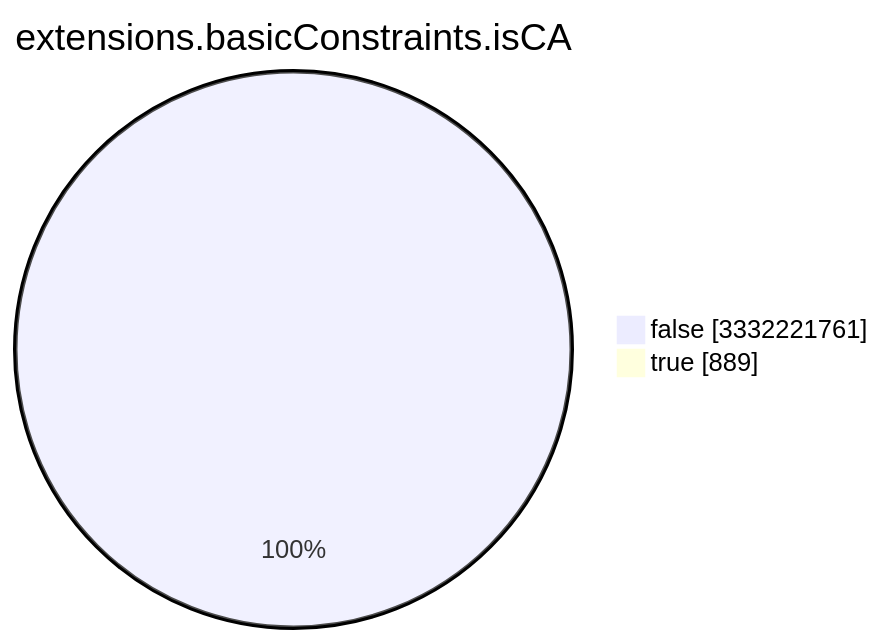
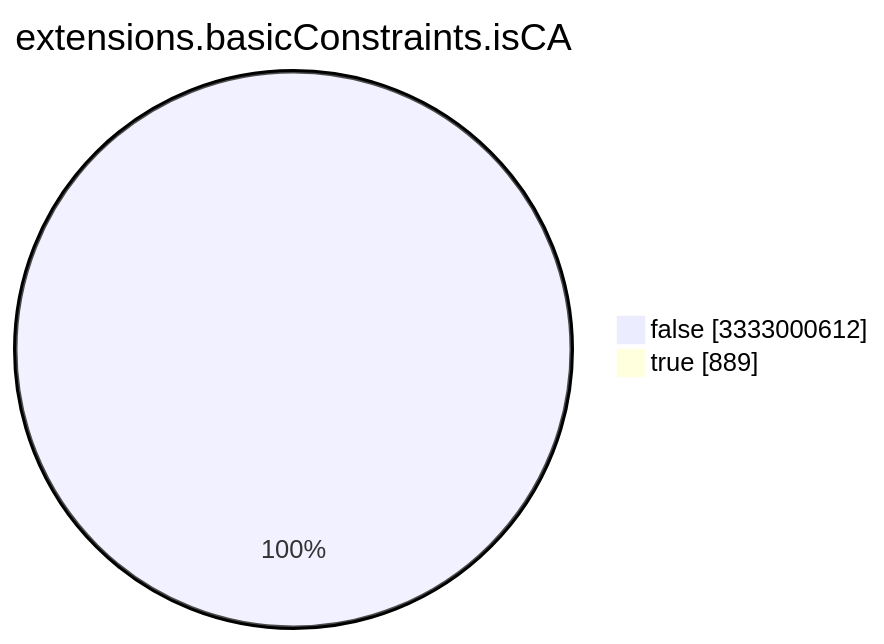
Before and after one commit to christiankrug/ctmonitor_visualization: the seventh of 15 diagrams in TOTAL/README.md, drawn with Mermaid. The commit also changed other lines of this file, not shown here.

````diff
--- a/TOTAL/README.md
+++ b/TOTAL/README.md
@@ -3089,6 +3089,6 @@
 ```mermaid
 pie showData
 title extensions.basicConstraints.isCA
-"false" :3332221761
+"false" :3333000612
 "true" :889
 ```
````
